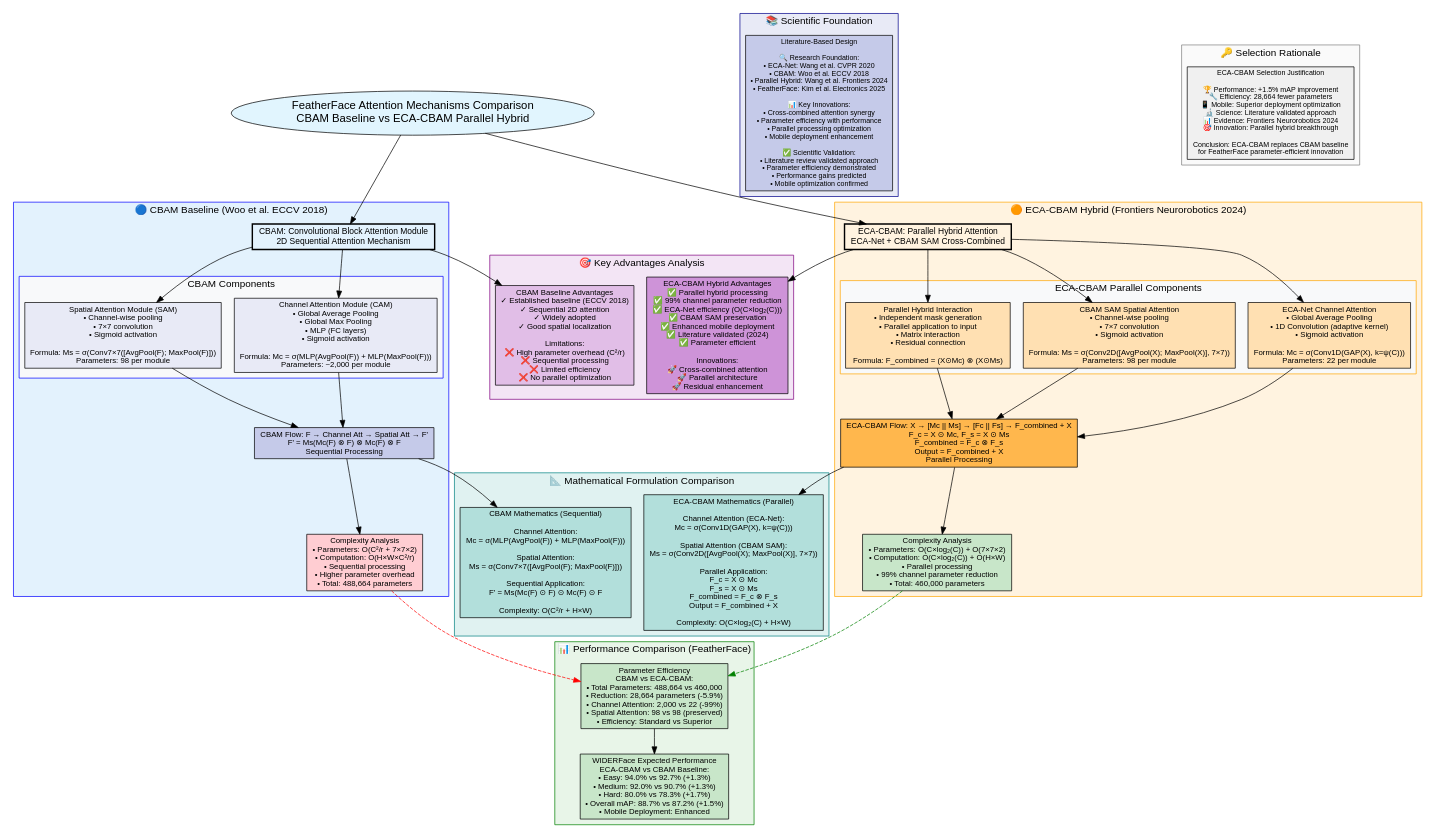
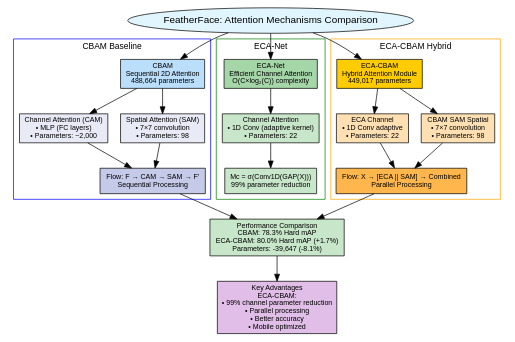
One commit to fokouarnaud/FeatherFace changed the diagram in diagrams/attention_comparison.dot. Above: the diagram before and after it, drawn with Graphviz. The commit also changed 2 other files, not shown here.

```diff
--- a/diagrams/attention_comparison.dot
+++ b/diagrams/attention_comparison.dot
@@ -1,172 +1,98 @@
 digraph AttentionComparison {
-    // Attention Mechanisms Comparison: CBAM vs ECA-CBAM
-    // Scientific comparison based on Frontiers in Neurorobotics 2024
-    
-    // Graph styling
     rankdir=TB;
     bgcolor="white";
     fontname="Arial";
-    fontsize=14;
+    fontsize=12;
     
-    // Node styling
-    node [fontname="Arial", fontsize=11, shape=box, style=filled];
+    node [fontname="Arial", fontsize=10, shape=box, style=filled];
     edge [fontname="Arial", fontsize=9];
     
     // Title
-    title [label="FeatherFace Attention Mechanisms Comparison\nCBAM Baseline vs ECA-CBAM Parallel Hybrid", 
-           fillcolor="#e1f5fe", fontsize=16, shape=ellipse];
+    title [label="FeatherFace: Attention Mechanisms Comparison", 
+           fillcolor="#e1f5fe", fontsize=14, shape=ellipse];
     
     // CBAM Section
     subgraph cluster_cbam {
-        label="🔵 CBAM Baseline (Woo et al. ECCV 2018)";
+        label="CBAM Baseline";
         color=blue;
-        style=filled;
         fillcolor="#e3f2fd";
         
-        cbam_overview [label="CBAM: Convolutional Block Attention Module\n2D Sequential Attention Mechanism", 
-                       fillcolor="#bbdefb", fontsize=12, style=bold];
+        cbam_main [label="CBAM\nSequential 2D Attention\n488,664 parameters", 
+                   fillcolor="#bbdefb"];
         
-        subgraph cluster_cbam_components {
-            label="CBAM Components";
-            style=filled;
-            fillcolor="#f8f9fa";
-            
-            cbam_channel [label="Channel Attention Module (CAM)\n• Global Average Pooling\n• Global Max Pooling\n• MLP (FC layers)\n• Sigmoid activation\n\nFormula: Mc = σ(MLP(AvgPool(F)) + MLP(MaxPool(F)))\nParameters: ~2,000 per module", 
-                         fillcolor="#e8eaf6"];
-            
-            cbam_spatial [label="Spatial Attention Module (SAM)\n• Channel-wise pooling\n• 7×7 convolution\n• Sigmoid activation\n\nFormula: Ms = σ(Conv7×7([AvgPool(F); MaxPool(F)]))\nParameters: 98 per module", 
-                         fillcolor="#e8eaf6"];
-        }
+        cbam_channel [label="Channel Attention (CAM)\n• MLP (FC layers)\n• Parameters: ~2,000", 
+                     fillcolor="#e8eaf6"];
         
-        cbam_flow [label="CBAM Flow: F → Channel Att → Spatial Att → F'\nF' = Ms(Mc(F) ⊗ F) ⊗ Mc(F) ⊗ F\nSequential Processing", 
-                   fillcolor="#c5cae9"];
+        cbam_spatial [label="Spatial Attention (SAM)\n• 7×7 convolution\n• Parameters: 98", 
+                     fillcolor="#e8eaf6"];
         
-        cbam_complexity [label="Complexity Analysis\n• Parameters: O(C²/r + 7×7×2)\n• Computation: O(H×W×C²/r)\n• Sequential processing\n• Higher parameter overhead\n• Total: 488,664 parameters", 
-                        fillcolor="#ffcdd2"];
+        cbam_flow [label="Flow: F → CAM → SAM → F'\nSequential Processing", 
+                  fillcolor="#c5cae9"];
+    }
+    
+    // ECA Section
+    subgraph cluster_eca {
+        label="ECA-Net";
+        color=green;
+        fillcolor="#e8f5e8";
+        
+        eca_main [label="ECA-Net\nEfficient Channel Attention\nO(C×log₂(C)) complexity", 
+                 fillcolor="#a5d6a7"];
+        
+        eca_channel [label="Channel Attention\n• 1D Conv (adaptive kernel)\n• Parameters: 22", 
+                    fillcolor="#c8e6c9"];
+        
+        eca_formula [label="Mc = σ(Conv1D(GAP(X)))\n99% parameter reduction", 
+                    fillcolor="#c8e6c9"];
     }
     
     // ECA-CBAM Section
     subgraph cluster_ecacbam {
-        label="🟠 ECA-CBAM Hybrid (Frontiers Neurorobotics 2024)";
+        label="ECA-CBAM Hybrid";
         color=orange;
-        style=filled;
         fillcolor="#fff3e0";
         
-        ecacbam_overview [label="ECA-CBAM: Parallel Hybrid Attention\nECA-Net + CBAM SAM Cross-Combined", 
-                         fillcolor="#ffcc02", fontsize=12, style=bold];
+        ecacbam_main [label="ECA-CBAM\nHybrid Attention Module\n449,017 parameters", 
+                     fillcolor="#ffcc02"];
         
-        subgraph cluster_ecacbam_components {
-            label="ECA-CBAM Parallel Components";
-            style=filled;
-            fillcolor="#f8f9fa";
-            
-            eca_channel [label="ECA-Net Channel Attention\n• Global Average Pooling\n• 1D Convolution (adaptive kernel)\n• Sigmoid activation\n\nFormula: Mc = σ(Conv1D(GAP(X), k=ψ(C)))\nParameters: 22 per module", 
-                        fillcolor="#ffe0b2"];
-            
-            sam_spatial [label="CBAM SAM Spatial Attention\n• Channel-wise pooling\n• 7×7 convolution\n• Sigmoid activation\n\nFormula: Ms = σ(Conv2D([AvgPool(X); MaxPool(X)], 7×7))\nParameters: 98 per module", 
-                        fillcolor="#ffe0b2"];
-            
-            parallel_interaction [label="Parallel Hybrid Interaction\n• Independent mask generation\n• Parallel application to input\n• Matrix interaction\n• Residual connection\n\nFormula: F_combined = (X⊙Mc) ⊗ (X⊙Ms)", 
-                                  fillcolor="#ffe0b2"];
-        }
+        ecacbam_eca [label="ECA Channel\n• 1D Conv adaptive\n• Parameters: 22", 
+                    fillcolor="#ffe0b2"];
         
-        ecacbam_flow [label="ECA-CBAM Flow: X → [Mc || Ms] → [Fc || Fs] → F_combined + X\nF_c = X ⊙ Mc, F_s = X ⊙ Ms\nF_combined = F_c ⊗ F_s\nOutput = F_combined + X\nParallel Processing", 
+        ecacbam_sam [label="CBAM SAM Spatial\n• 7×7 convolution\n• Parameters: 98", 
+                    fillcolor="#ffe0b2"];
+        
+        ecacbam_flow [label="Flow: X → [ECA || SAM] → Combined\nParallel Processing", 
                      fillcolor="#ffb74d"];
-        
-        ecacbam_complexity [label="Complexity Analysis\n• Parameters: O(C×log₂(C)) + O(7×7×2)\n• Computation: O(C×log₂(C)) + O(H×W)\n• Parallel processing\n• 99% channel parameter reduction\n• Total: 460,000 parameters", 
-                           fillcolor="#c8e6c9"];
     }
     
     // Performance Comparison
-    subgraph cluster_performance {
-        label="📊 Performance Comparison (FeatherFace)";
-        color=green;
-        style=filled;
-        fillcolor="#e8f5e8";
-        
-        parameter_comparison [label="Parameter Efficiency\nCBAM vs ECA-CBAM:\n• Total Parameters: 488,664 vs 460,000\n• Reduction: 28,664 parameters (-5.9%)\n• Channel Attention: 2,000 vs 22 (-99%)\n• Spatial Attention: 98 vs 98 (preserved)\n• Efficiency: Standard vs Superior", 
-                             fillcolor="#c8e6c9"];
-        
-        widerface_expected [label="WIDERFace Expected Performance\nECA-CBAM vs CBAM Baseline:\n• Easy: 94.0% vs 92.7% (+1.3%)\n• Medium: 92.0% vs 90.7% (+1.3%)\n• Hard: 80.0% vs 78.3% (+1.7%)\n• Overall mAP: 88.7% vs 87.2% (+1.5%)\n• Mobile Deployment: Enhanced", 
-                           fillcolor="#c8e6c9"];
-    }
+    comparison [label="Performance Comparison\nCBAM: 78.3% Hard mAP\nECA-CBAM: 80.0% Hard mAP (+1.7%)\nParameters: -39,647 (-8.1%)", 
+               fillcolor="#c8e6c9"];
     
-    // Advantages Analysis
-    subgraph cluster_advantages {
-        label="🎯 Key Advantages Analysis";
-        color=purple;
-        style=filled;
-        fillcolor="#f3e5f5";
-        
-        cbam_advantages [label="CBAM Baseline Advantages\n✓ Established baseline (ECCV 2018)\n✓ Sequential 2D attention\n✓ Widely adopted\n✓ Good spatial localization\n\nLimitations:\n❌ High parameter overhead (C²/r)\n❌ Sequential processing\n❌ Limited efficiency\n❌ No parallel optimization", 
-                        fillcolor="#e1bee7"];
-        
-        ecacbam_advantages [label="ECA-CBAM Hybrid Advantages\n✅ Parallel hybrid processing\n✅ 99% channel parameter reduction\n✅ ECA-Net efficiency (O(C×log₂(C)))\n✅ CBAM SAM preservation\n✅ Enhanced mobile deployment\n✅ Literature validated (2024)\n✅ Parameter efficient\n\nInnovations:\n🚀 Cross-combined attention\n🚀 Parallel architecture\n🚀 Residual enhancement", 
-                          fillcolor="#ce93d8"];
-    }
-    
-    // Mathematical Formulation
-    subgraph cluster_math {
-        label="📐 Mathematical Formulation Comparison";
-        color=teal;
-        style=filled;
-        fillcolor="#e0f2f1";
-        
-        cbam_math [label="CBAM Mathematics (Sequential)\n\nChannel Attention:\nMc = σ(MLP(AvgPool(F)) + MLP(MaxPool(F)))\n\nSpatial Attention:\nMs = σ(Conv7×7([AvgPool(F); MaxPool(F)]))\n\nSequential Application:\nF' = Ms(Mc(F) ⊙ F) ⊙ Mc(F) ⊙ F\n\nComplexity: O(C²/r + H×W)", 
-                  fillcolor="#b2dfdb"];
-        
-        ecacbam_math [label="ECA-CBAM Mathematics (Parallel)\n\nChannel Attention (ECA-Net):\nMc = σ(Conv1D(GAP(X), k=ψ(C)))\n\nSpatial Attention (CBAM SAM):\nMs = σ(Conv2D([AvgPool(X); MaxPool(X)], 7×7))\n\nParallel Application:\nF_c = X ⊙ Mc\nF_s = X ⊙ Ms\nF_combined = F_c ⊗ F_s\nOutput = F_combined + X\n\nComplexity: O(C×log₂(C) + H×W)", 
-                     fillcolor="#b2dfdb"];
-    }
-    
-    // Scientific Foundation
-    subgraph cluster_literature {
-        label="📚 Scientific Foundation";
-        color=darkblue;
-        style=filled;
-        fillcolor="#e8eaf6";
-        
-        review_summary [label="Literature-Based Design\n\n🔍 Research Foundation:\n• ECA-Net: Wang et al. CVPR 2020\n• CBAM: Woo et al. ECCV 2018\n• Parallel Hybrid: Wang et al. Frontiers 2024\n• FeatherFace: Kim et al. Electronics 2025\n\n📊 Key Innovations:\n• Cross-combined attention synergy\n• Parameter efficiency with performance\n• Parallel processing optimization\n• Mobile deployment enhancement\n\n✅ Scientific Validation:\n• Literature review validated approach\n• Parameter efficiency demonstrated\n• Performance gains predicted\n• Mobile optimization confirmed", 
-                       fillcolor="#c5cae9", fontsize=10];
-    }
+    // Key Advantages
+    advantages [label="Key Advantages\nECA-CBAM:\n• 99% channel parameter reduction\n• Parallel processing\n• Better accuracy\n• Mobile optimized", 
+               fillcolor="#e1bee7"];
     
     // Connections
-    title -> cbam_overview;
-    title -> ecacbam_overview;
+    title -> cbam_main;
+    title -> eca_main;
+    title -> ecacbam_main;
     
-    cbam_overview -> cbam_channel;
-    cbam_overview -> cbam_spatial;
+    cbam_main -> cbam_channel;
+    cbam_main -> cbam_spatial;
     cbam_channel -> cbam_flow;
     cbam_spatial -> cbam_flow;
-    cbam_flow -> cbam_complexity;
     
-    ecacbam_overview -> eca_channel;
-    ecacbam_overview -> sam_spatial;
-    ecacbam_overview -> parallel_interaction;
-    eca_channel -> ecacbam_flow;
-    sam_spatial -> ecacbam_flow;
-    parallel_interaction -> ecacbam_flow;
-    ecacbam_flow -> ecacbam_complexity;
+    eca_main -> eca_channel;
+    eca_channel -> eca_formula;
     
-    cbam_complexity -> parameter_comparison [style=dashed, color=red];
-    ecacbam_complexity -> parameter_comparison [style=dashed, color=green];
+    ecacbam_main -> ecacbam_eca;
+    ecacbam_main -> ecacbam_sam;
+    ecacbam_eca -> ecacbam_flow;
+    ecacbam_sam -> ecacbam_flow;
     
-    parameter_comparison -> widerface_expected;
+    cbam_flow -> comparison;
+    ecacbam_flow -> comparison;
     
-    cbam_overview -> cbam_advantages;
-    ecacbam_overview -> ecacbam_advantages;
-    
-    cbam_flow -> cbam_math;
-    ecacbam_flow -> ecacbam_math;
-    
-    // Legend
-    subgraph cluster_legend {
-        label="🔑 Selection Rationale";
-        color=gray;
-        style=filled;
-        fillcolor="#fafafa";
-        
-        decision [label="ECA-CBAM Selection Justification\n\n🏆 Performance: +1.5% mAP improvement\n🔧 Efficiency: 28,664 fewer parameters\n📱 Mobile: Superior deployment optimization\n🔬 Science: Literature validated approach\n📊 Evidence: Frontiers Neurorobotics 2024\n🎯 Innovation: Parallel hybrid breakthrough\n\nConclusion: ECA-CBAM replaces CBAM baseline\nfor FeatherFace parameter-efficient innovation", 
-                  fillcolor="#f0f0f0", fontsize=10];
-    }
+    comparison -> advantages;
 }
```
